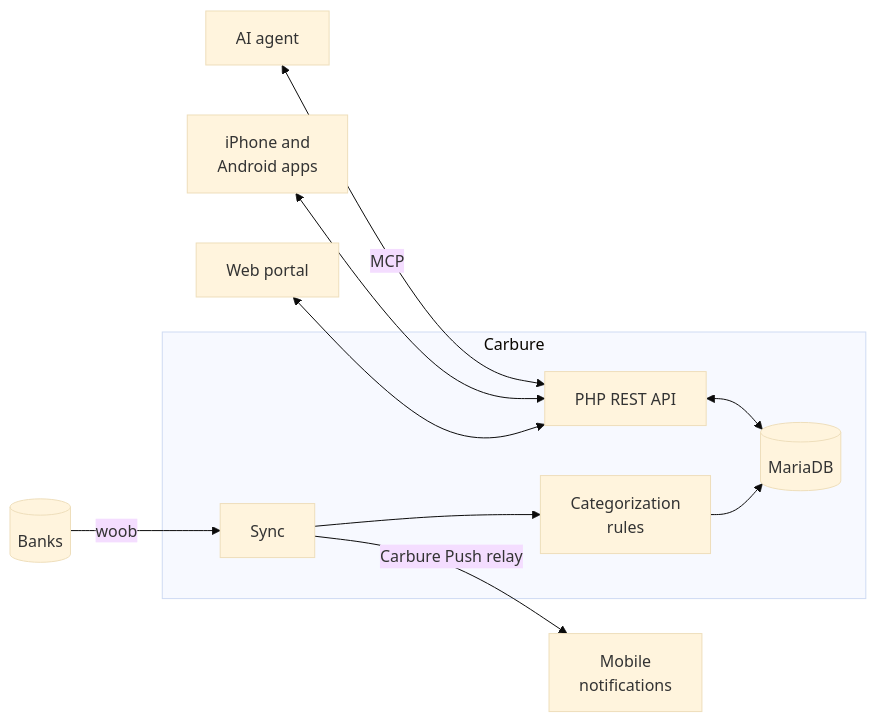
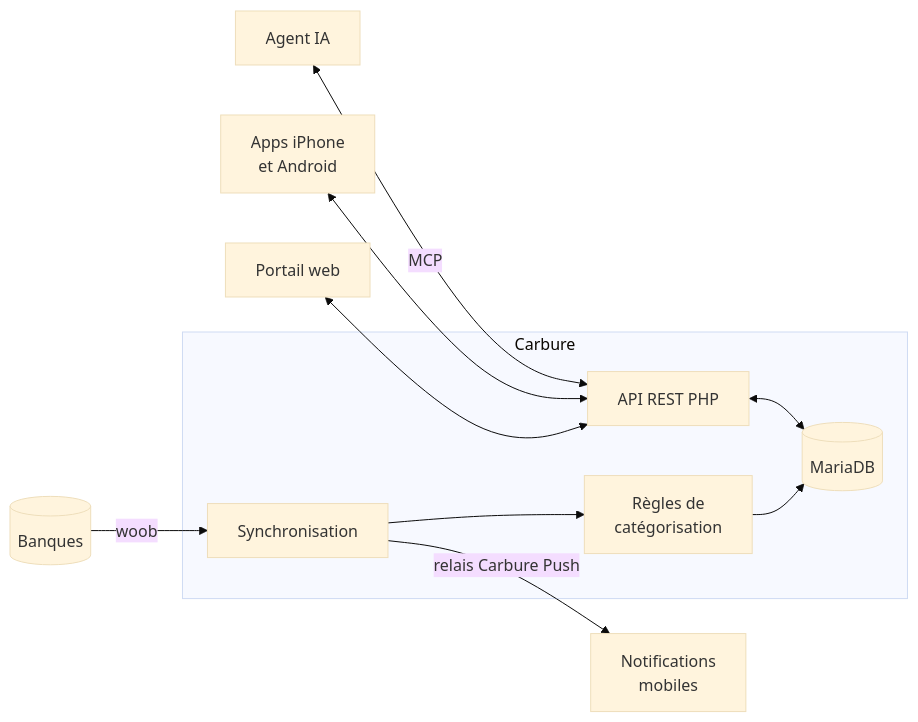
Before and after one commit to ltoinel/Carbure: the diagram in README.md, drawn with Mermaid (base theme). The commit also changed other lines of this file and 4 other files, not shown here.

````diff
--- a/README.md
+++ b/README.md
@@ -128,12 +129,12 @@
 ```mermaid
 flowchart LR
-    bank[(Banks)] -->|woob| sync[Sync]
+    bank[(Banques)] -->|woob| sync[Synchronisation]
     subgraph Carbure
-        sync --> rules[Categorization<br/>rules] --> db[(MariaDB)]
-        api[PHP REST API] <--> db
+        sync --> rules[Règles de<br/>catégorisation] --> db[(MariaDB)]
+        api[API REST PHP] <--> db
     end
-    portal[Web portal] <--> api
-    mobile[iPhone and<br/>Android apps] <--> api
-    ai[AI agent] <-->|MCP| api
-    sync -->|Carbure Push relay| push[Mobile<br/>notifications]
+    portal[Portail web] <--> api
+    mobile[Apps iPhone<br/>et Android] <--> api
+    ai[Agent IA] <-->|MCP| api
+    sync -->|relais Carbure Push| push[Notifications<br/>mobiles]
 ```
````
